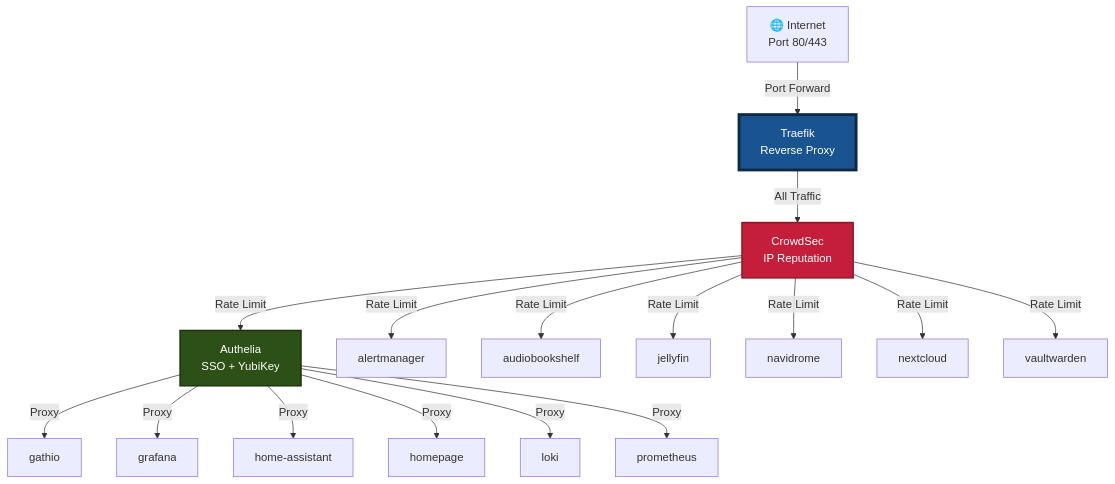
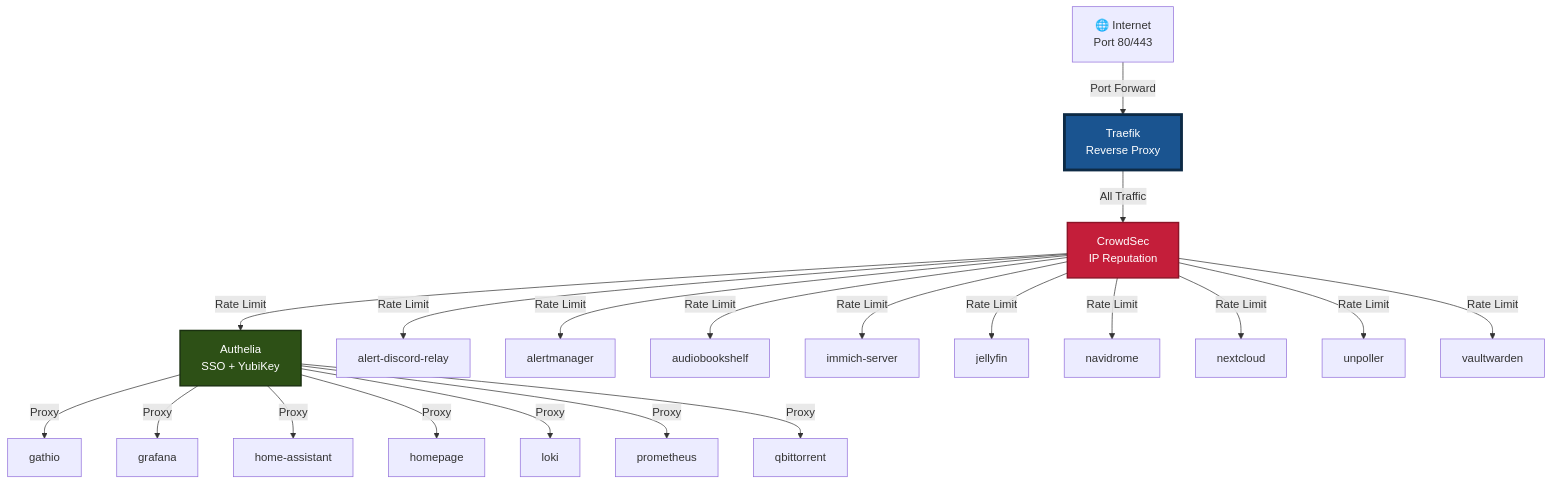
The first of 3 diagrams in docs/AUTO-NETWORK-TOPOLOGY.md (vonrobak/fedora-homelab-containers), drawn with Mermaid before and after one commit. The commit also changed other lines of this file and 10 other files, not shown here.

````diff
--- a/docs/AUTO-NETWORK-TOPOLOGY.md
+++ b/docs/AUTO-NETWORK-TOPOLOGY.md
@@ -12,30 +12,34 @@
 ```mermaid
 graph TB
     Internet[🌐 Internet<br/>Port 80/443]
     Internet -->|Port Forward| Traefik[Traefik<br/>Reverse Proxy]
 
     %% All traffic goes through CrowdSec first
     Traefik -->|All Traffic| CrowdSec[CrowdSec<br/>IP Reputation]
 
     %% Services requiring Authelia SSO
     CrowdSec -->|Rate Limit| Authelia[Authelia<br/>SSO + YubiKey]
     Authelia -->|Proxy| gathio[gathio]
     Authelia -->|Proxy| grafana[grafana]
     Authelia -->|Proxy| home_assistant[home-assistant]
     Authelia -->|Proxy| homepage[homepage]
     Authelia -->|Proxy| loki[loki]
     Authelia -->|Proxy| prometheus[prometheus]
+    Authelia -->|Proxy| qbittorrent[qbittorrent]
 
     %% Services with native authentication (bypass Authelia)
+    CrowdSec -->|Rate Limit| alert_discord_relay[alert-discord-relay]
     CrowdSec -->|Rate Limit| alertmanager[alertmanager]
     CrowdSec -->|Rate Limit| audiobookshelf[audiobookshelf]
+    CrowdSec -->|Rate Limit| immich_server[immich-server]
     CrowdSec -->|Rate Limit| jellyfin[jellyfin]
     CrowdSec -->|Rate Limit| navidrome[navidrome]
     CrowdSec -->|Rate Limit| nextcloud[nextcloud]
+    CrowdSec -->|Rate Limit| unpoller[unpoller]
     CrowdSec -->|Rate Limit| vaultwarden[vaultwarden]
 
     %% Styling
     style Traefik fill:#1a5490,stroke:#0d2a45,stroke-width:4px,color:#fff
     style CrowdSec fill:#c41e3a,stroke:#8b1528,stroke-width:2px,color:#fff
     style Authelia fill:#2d5016,stroke:#1a3010,stroke-width:2px,color:#fff
 ```
````
